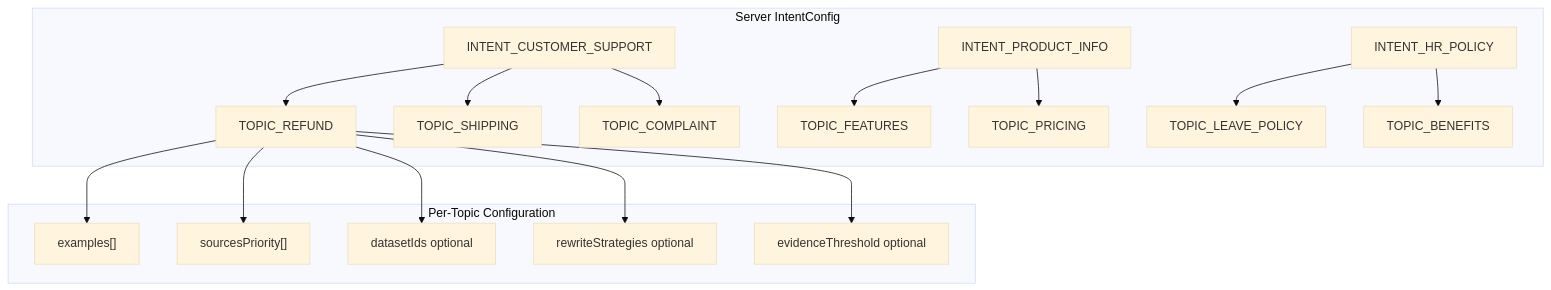
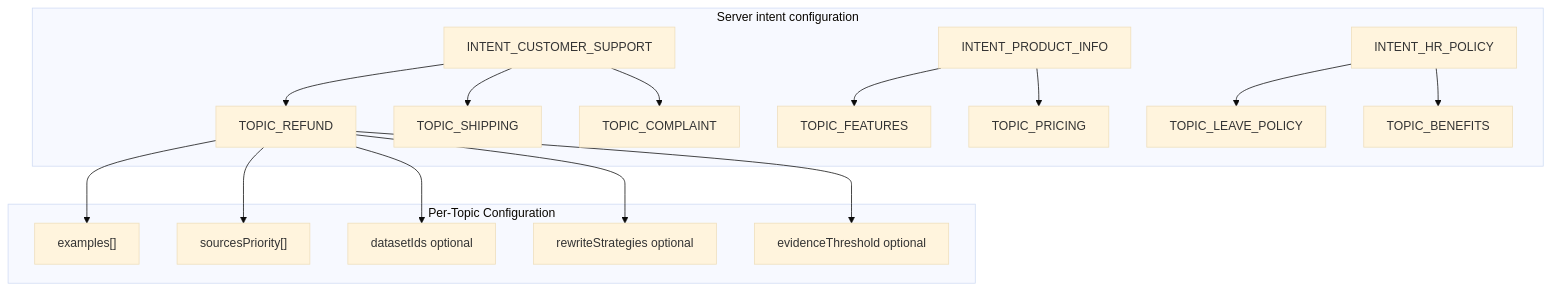
The eighth of 23 diagrams in plan/05-conversation.md (1qh/safeagent), drawn with Mermaid (base theme) before and after one commit. The commit also changed other lines of this file and 18 other files, not shown here.

````diff
--- a/plan/05-conversation.md
+++ b/plan/05-conversation.md
@@ -245,22 +245,22 @@
 ```mermaid
 graph TD
-    subgraph INTENT_CONFIG["Server IntentConfig"]
+    subgraph INTENT_CONFIG["Server intent configuration"]
         INTENT_CUSTOMER_SUPPORT["INTENT_CUSTOMER_SUPPORT"]
         INTENT_PRODUCT_INFO["INTENT_PRODUCT_INFO"]
         INTENT_HR_POLICY["INTENT_HR_POLICY"]
         INTENT_CUSTOMER_SUPPORT --> TOPIC_REFUND["TOPIC_REFUND"]
         INTENT_CUSTOMER_SUPPORT --> TOPIC_SHIPPING["TOPIC_SHIPPING"]
         INTENT_CUSTOMER_SUPPORT --> TOPIC_COMPLAINT["TOPIC_COMPLAINT"]
         INTENT_PRODUCT_INFO --> TOPIC_FEATURES["TOPIC_FEATURES"]
         INTENT_PRODUCT_INFO --> TOPIC_PRICING["TOPIC_PRICING"]
         INTENT_HR_POLICY --> TOPIC_LEAVE_POLICY["TOPIC_LEAVE_POLICY"]
         INTENT_HR_POLICY --> TOPIC_BENEFITS["TOPIC_BENEFITS"]
     end
     subgraph TOPIC_DETAIL["Per-Topic Configuration"]
         TOPIC_REFUND --> EXAMPLES_LIST["examples[]"]
         TOPIC_REFUND --> SOURCE_PRIORITY["sourcesPriority[]"]
         TOPIC_REFUND --> DATASET_IDS["datasetIds optional"]
         TOPIC_REFUND --> REWRITE_STRATEGIES["rewriteStrategies optional"]
         TOPIC_REFUND --> EVIDENCE_THRESHOLD["evidenceThreshold optional"]
     end
 ```
````
